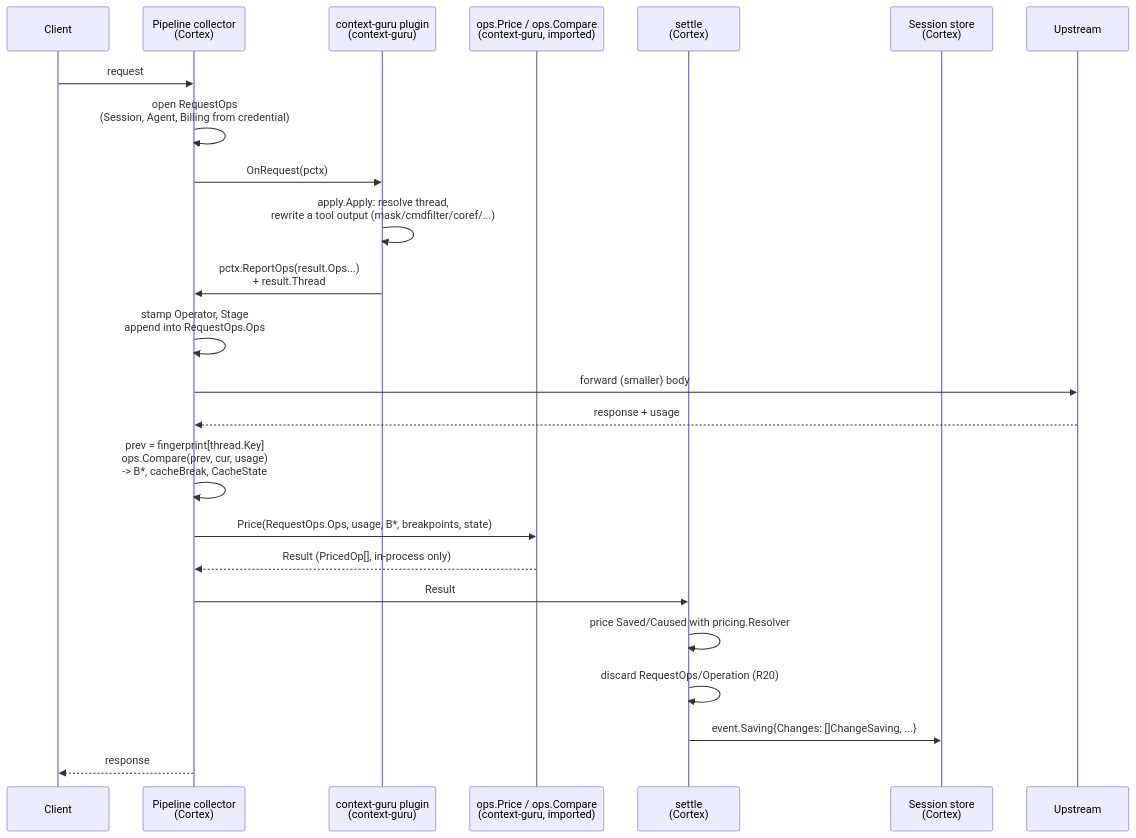
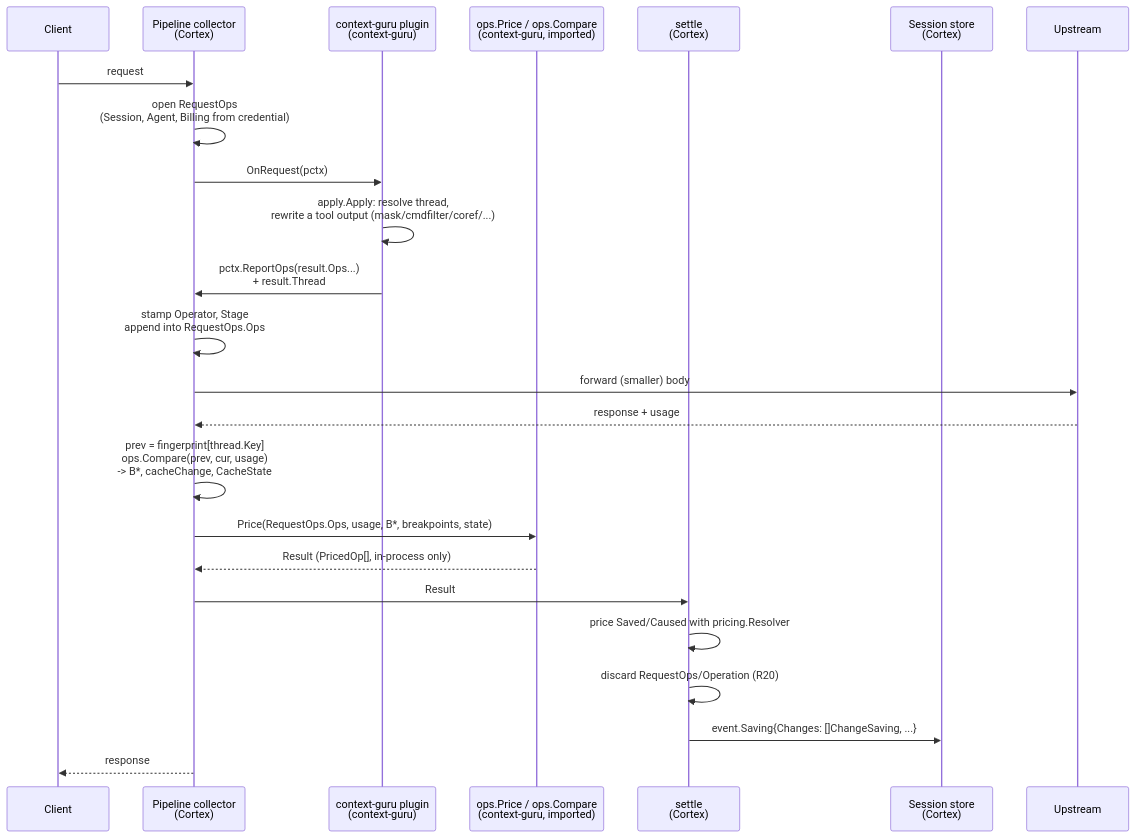
One commit to rossoctl/context-guru changed the first of 3 diagrams in docs/superpowers/specs/2026-10-18-context-operations-cortex-wiring.md. Above: the diagram before and after it, drawn with Mermaid. The commit also changed other lines of this file and 5 other files, not shown here.

First line of the commit message:
docs: Merge cacheBreak and stateChange into cacheChange

````diff
--- a/docs/superpowers/specs/2026-10-18-context-operations-cortex-wiring.md
+++ b/docs/superpowers/specs/2026-10-18-context-operations-cortex-wiring.md
@@ -126,27 +126,27 @@
 ```mermaid
 sequenceDiagram
     participant Client
     participant Pipeline as Pipeline collector<br/>(Cortex)
     participant Plugin as context-guru plugin<br/>(context-guru)
     participant Ops as ops.Price / ops.Compare<br/>(context-guru, imported)
     participant Settle as settle<br/>(Cortex)
     participant Store as Session store<br/>(Cortex)
     participant Upstream
 
     Client->>Pipeline: request
     Pipeline->>Pipeline: open RequestOps<br/>(Session, Agent, Billing from credential)
     Pipeline->>Plugin: OnRequest(pctx)
     Plugin->>Plugin: apply.Apply: resolve thread,<br/>rewrite a tool output (mask/cmdfilter/coref/...)
     Plugin->>Pipeline: pctx.ReportOps(result.Ops...)<br/>+ result.Thread
     Pipeline->>Pipeline: stamp Operator, Stage<br/>append into RequestOps.Ops
     Pipeline->>Upstream: forward (smaller) body
     Upstream-->>Pipeline: response + usage
-    Pipeline->>Pipeline: prev = fingerprint[thread.Key]<br/>ops.Compare(prev, cur, usage)<br/>-> B*, cacheBreak, CacheState
+    Pipeline->>Pipeline: prev = fingerprint[thread.Key]<br/>ops.Compare(prev, cur, usage)<br/>-> B*, cacheChange, CacheState
     Pipeline->>Ops: Price(RequestOps.Ops, usage, B*, breakpoints, state)
     Ops-->>Pipeline: Result (PricedOp[], in-process only)
     Pipeline->>Settle: Result
     Settle->>Settle: price Saved/Caused with pricing.Resolver
     Settle->>Settle: discard RequestOps/Operation (R20)
     Settle->>Store: event.Saving{Changes: []ChangeSaving, ...}
     Pipeline-->>Client: response
 ```
````
